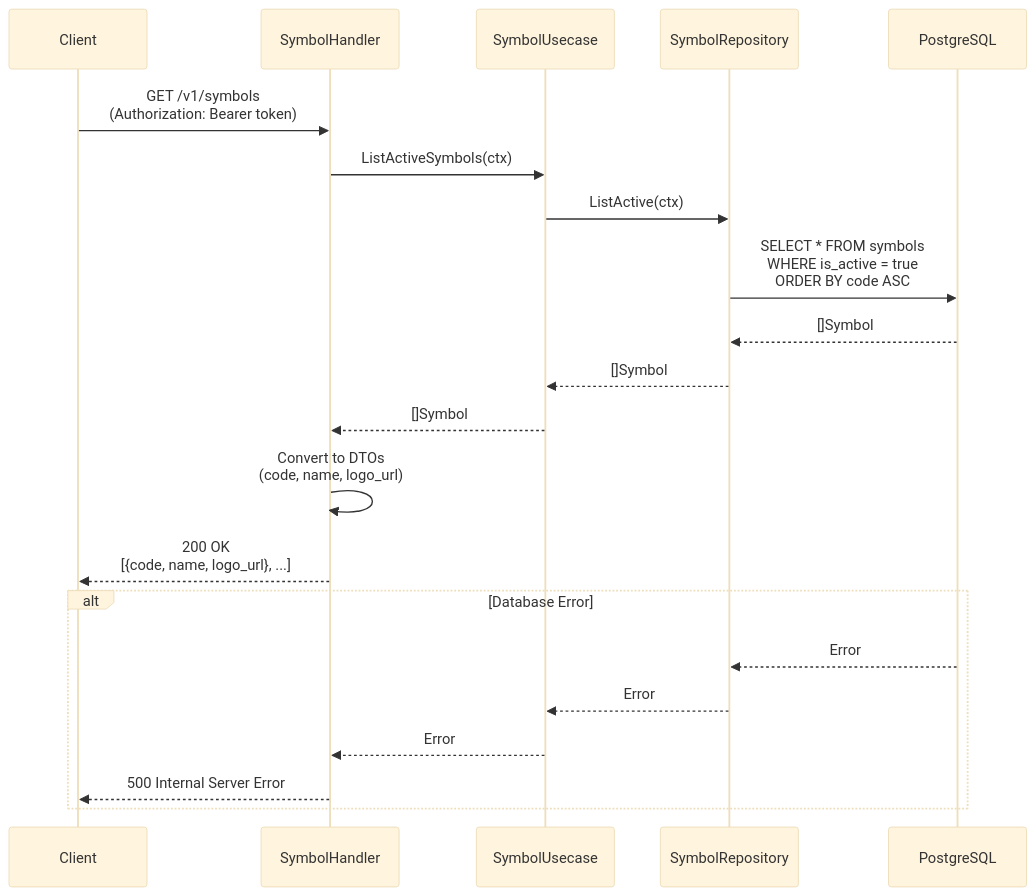
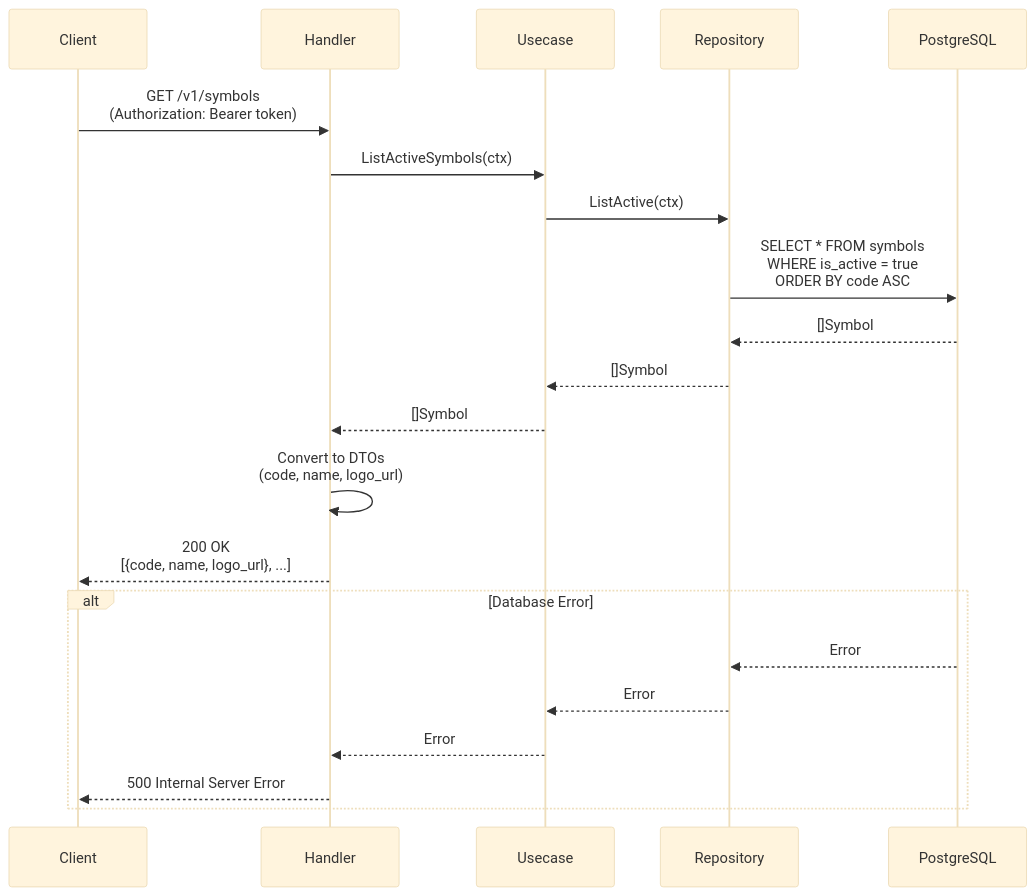
Before and after one commit to UCHIDAnobuhiro/stock_backend: the first of 2 diagrams in internal/feature/symbollist/README.md, drawn with Mermaid (base theme). The commit also changed other lines of this file and 41 other files, not shown here.

````diff
--- a/internal/feature/symbollist/README.md
+++ b/internal/feature/symbollist/README.md
@@ -18,25 +18,25 @@
 ```mermaid
 sequenceDiagram
     participant Client
-    participant Handler as SymbolHandler
-    participant Usecase as SymbolUsecase
-    participant Repository as SymbolRepository
+    participant Handler as Handler
+    participant Usecase as Usecase
+    participant Repository as Repository
     participant DB as PostgreSQL
 
     Client->>Handler: GET /v1/symbols<br/>(Authorization: Bearer token)
     Handler->>Usecase: ListActiveSymbols(ctx)
     Usecase->>Repository: ListActive(ctx)
     Repository->>DB: SELECT * FROM symbols<br/>WHERE is_active = true<br/>ORDER BY code ASC
     DB-->>Repository: []Symbol
     Repository-->>Usecase: []Symbol
     Usecase-->>Handler: []Symbol
     Handler->>Handler: Convert to DTOs<br/>(code, name, logo_url)
     Handler-->>Client: 200 OK<br/>[{code, name, logo_url}, ...]
 
     alt Database Error
         DB-->>Repository: Error
         Repository-->>Usecase: Error
         Usecase-->>Handler: Error
         Handler-->>Client: 500 Internal Server Error
     end
 ```
````
